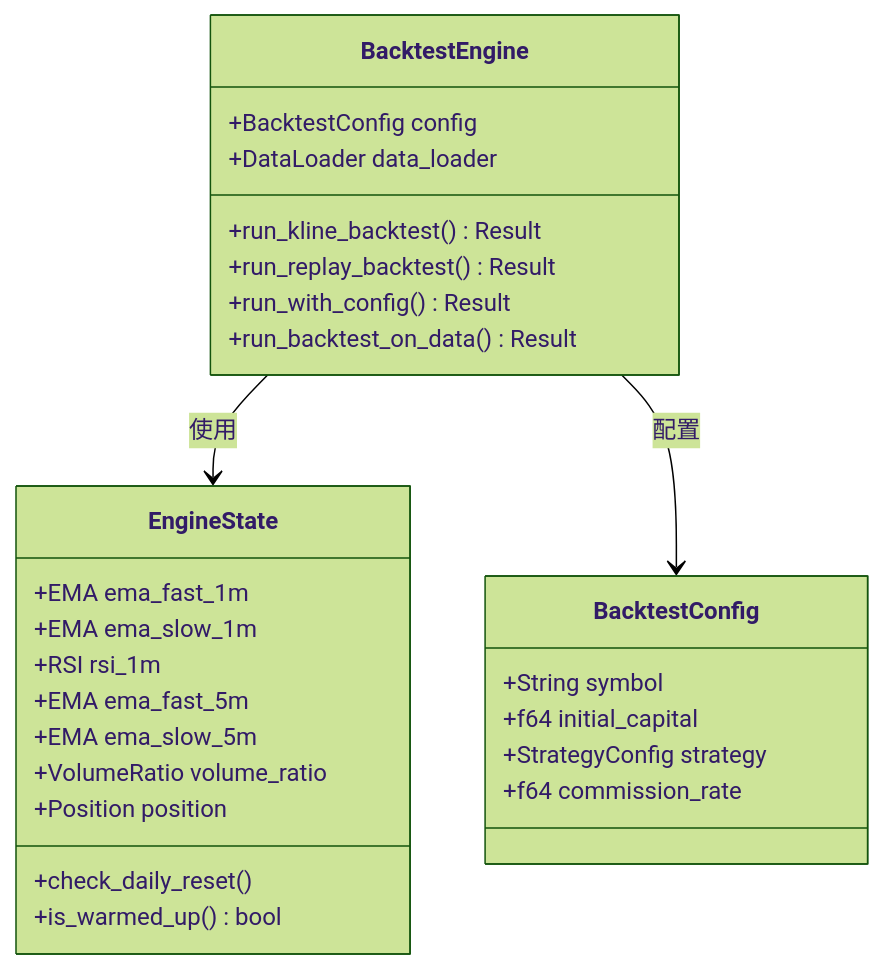
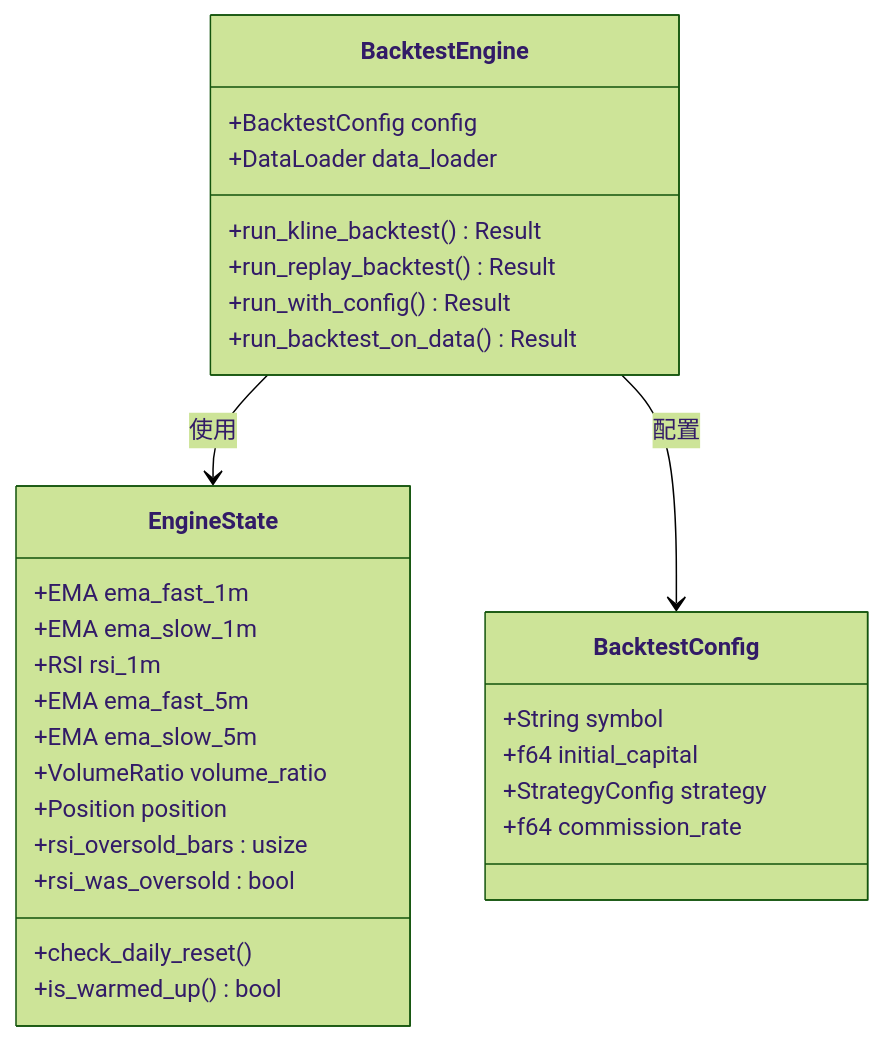
One commit to Heres1/binanceWebsocket changed the fourth of 15 diagrams in .qoder/repowiki/zh/content/核心模块/回测系统.md. Above: the diagram before and after it, drawn with Mermaid (forest theme). The commit also changed other lines of this file and 10 other files, not shown here.

````diff
--- a/.qoder/repowiki/zh/content/核心模块/回测系统.md
+++ b/.qoder/repowiki/zh/content/核心模块/回测系统.md
@@ -171,30 +184,32 @@
 ```mermaid
 classDiagram
 class BacktestEngine {
 +BacktestConfig config
 +DataLoader data_loader
 +run_kline_backtest() Result
 +run_replay_backtest() Result
 +run_with_config() Result
 +run_backtest_on_data() Result
 }
 class EngineState {
 +EMA ema_fast_1m
 +EMA ema_slow_1m
 +RSI rsi_1m
 +EMA ema_fast_5m
 +EMA ema_slow_5m
 +VolumeRatio volume_ratio
 +Position position
 +check_daily_reset()
 +is_warmed_up() bool
++rsi_oversold_bars : usize
++rsi_was_oversold : bool
 }
 class BacktestConfig {
 +String symbol
 +f64 initial_capital
 +StrategyConfig strategy
 +f64 commission_rate
 }
 BacktestEngine --> EngineState : 使用
 BacktestEngine --> BacktestConfig : 配置
 ```
````
